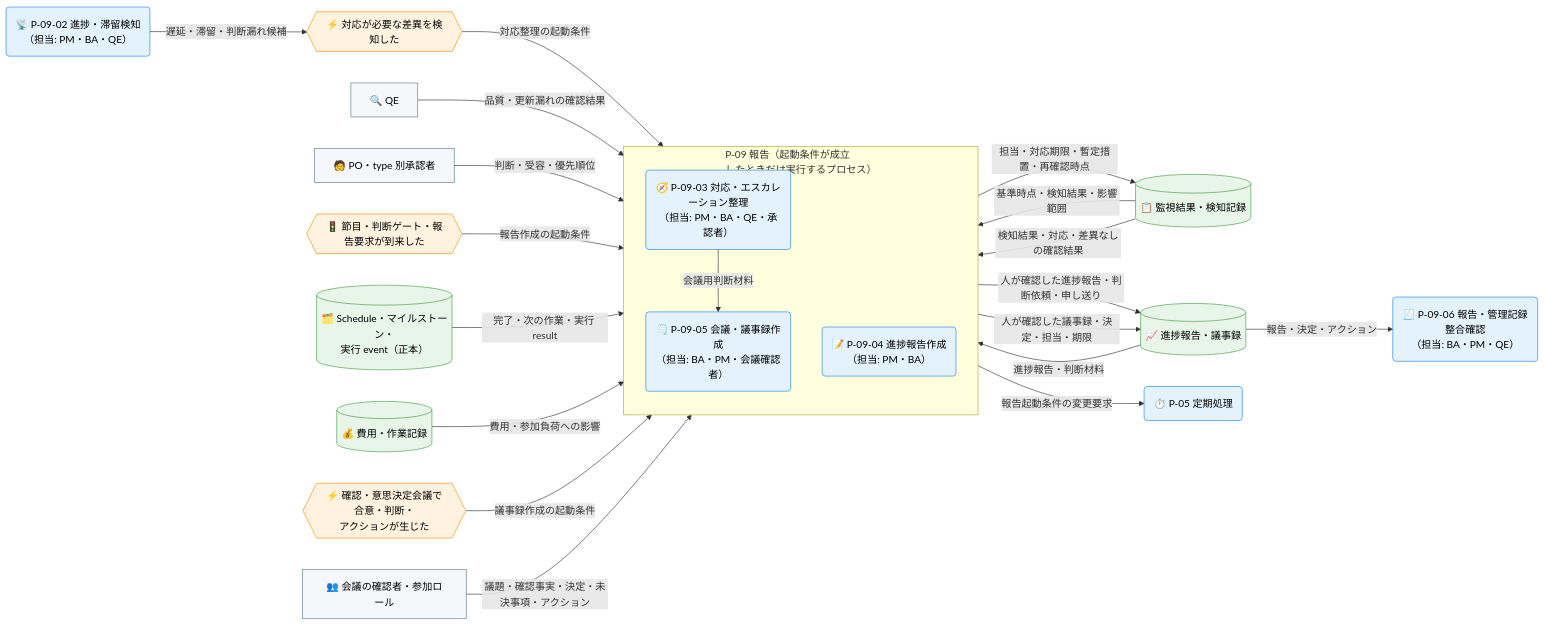
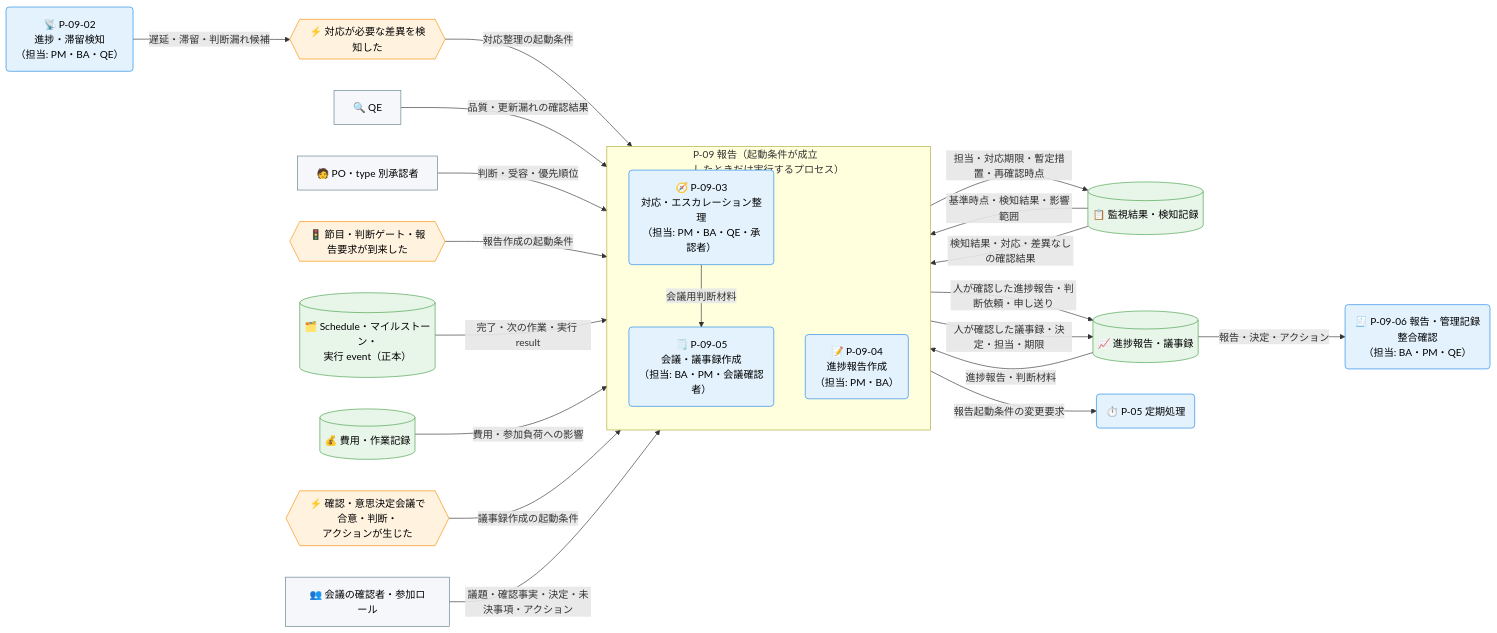
One commit to specdojo/specdojo changed the third of 3 diagrams in docs/ja/product/010-business-specs/010-data-flow/cdfd-reporting.md. Above: the diagram before and after it, drawn with Mermaid. The commit also changed other lines of this file and 7 other files, not shown here.

````diff
--- a/docs/ja/product/010-business-specs/010-data-flow/cdfd-reporting.md
+++ b/docs/ja/product/010-business-specs/010-data-flow/cdfd-reporting.md
@@ -194,59 +194,59 @@
 ```mermaid
 flowchart LR
   classDef process fill:#e3f2fd,stroke:#1e88e5,color:#000
   classDef event fill:#fff3e0,stroke:#fb8c00,color:#000
   classDef store fill:#e8f5e9,stroke:#43a047,color:#000
   classDef actor fill:#f5f7fa,stroke:#607d8b,color:#000
 
   PO承認者["🧑 PO・type 別承認者"]
   QE["🔍 QE"]
   会議確認者["👥 会議の確認者・参加ロール"]
 
   対応要否検知{{"⚡ 対応が必要な差異を検知した"}}
   報告契機到来{{"🚦 節目・判断ゲート・報告要求が到来した"}}
   会議実施{{"⚡ 確認・意思決定会議で合意・判断・<br>アクションが生じた"}}
 
   subgraph 条件付き群["P-09 報告（起動条件が成立<br>したときだけ実行するプロセス）"]
     direction TB
-    対応エスカレーション整理("🧭 P-09-03 対応・エスカレーション整理<br>（担当: PM・BA・QE・承認者）")
-    進捗報告作成("📝 P-09-04 進捗報告作成<br>（担当: PM・BA）")
-    会議議事録作成("🗒️ P-09-05 会議・議事録作成<br>（担当: BA・PM・会議確認者）")
+    対応エスカレーション整理("🧭 P-09-03<br>対応・エスカレーション整理<br>（担当: PM・BA・QE・承認者）")
+    進捗報告作成("📝 P-09-04<br>進捗報告作成<br>（担当: PM・BA）")
+    会議議事録作成("🗒️ P-09-05<br>会議・議事録作成<br>（担当: BA・PM・会議確認者）")
   end
 
-  進捗滞留検知("📡 P-09-02 進捗・滞留検知<br>（担当: PM・BA・QE）")
+  進捗滞留検知("📡 P-09-02<br>進捗・滞留検知<br>（担当: PM・BA・QE）")
   報告管理記録整合確認("🧾 P-09-06 報告・管理記録整合確認<br>（担当: BA・PM・QE）")
 
   Schedule実行正本[("🗂️ Schedule・マイルストーン・<br>実行 event（正本）")]
   費用作業記録[("💰 費用・作業記録")]
   監視結果[("📋 監視結果・検知記録")]
   報告記録[("📈 進捗報告・議事録")]
 
   定期処理("⏱️ P-05 定期処理")
 
   進捗滞留検知 -->|"遅延・滞留・判断漏れ候補"| 対応要否検知
   対応要否検知 -->|"対応整理の起動条件"| 対応エスカレーション整理
   監視結果 -->|"基準時点・検知結果・影響範囲"| 対応エスカレーション整理
   QE -->|"品質・更新漏れの確認結果"| 対応エスカレーション整理
   PO承認者 -->|"判断・受容・優先順位"| 対応エスカレーション整理
   対応エスカレーション整理 -->|"担当・対応期限・暫定措置・再確認時点"| 監視結果
   対応エスカレーション整理 -->|"報告起動条件の変更要求"| 定期処理
 
   報告契機到来 -->|"報告作成の起動条件"| 進捗報告作成
   監視結果 -->|"検知結果・対応・差異なしの確認結果"| 進捗報告作成
   Schedule実行正本 -->|"完了・次の作業・実行 result"| 進捗報告作成
   費用作業記録 -->|"費用・参加負荷への影響"| 進捗報告作成
   進捗報告作成 -->|"人が確認した進捗報告・判断依頼・申し送り"| 報告記録
 
   会議実施 -->|"議事録作成の起動条件"| 会議議事録作成
   会議確認者 -->|"議題・確認事実・決定・未決事項・アクション"| 会議議事録作成
   報告記録 -->|"進捗報告・判断材料"| 会議議事録作成
   対応エスカレーション整理 -->|"会議用判断材料"| 会議議事録作成
   会議議事録作成 -->|"人が確認した議事録・決定・担当・期限"| 報告記録
 
   報告記録 -->|"報告・決定・アクション"| 報告管理記録整合確認
 
   class 対応エスカレーション整理,進捗報告作成,会議議事録作成,進捗滞留検知,報告管理記録整合確認,定期処理 process
   class 対応要否検知,報告契機到来,会議実施 event
   class Schedule実行正本,費用作業記録,監視結果,報告記録 store
   class PO承認者,QE,会議確認者 actor
 ```
````
